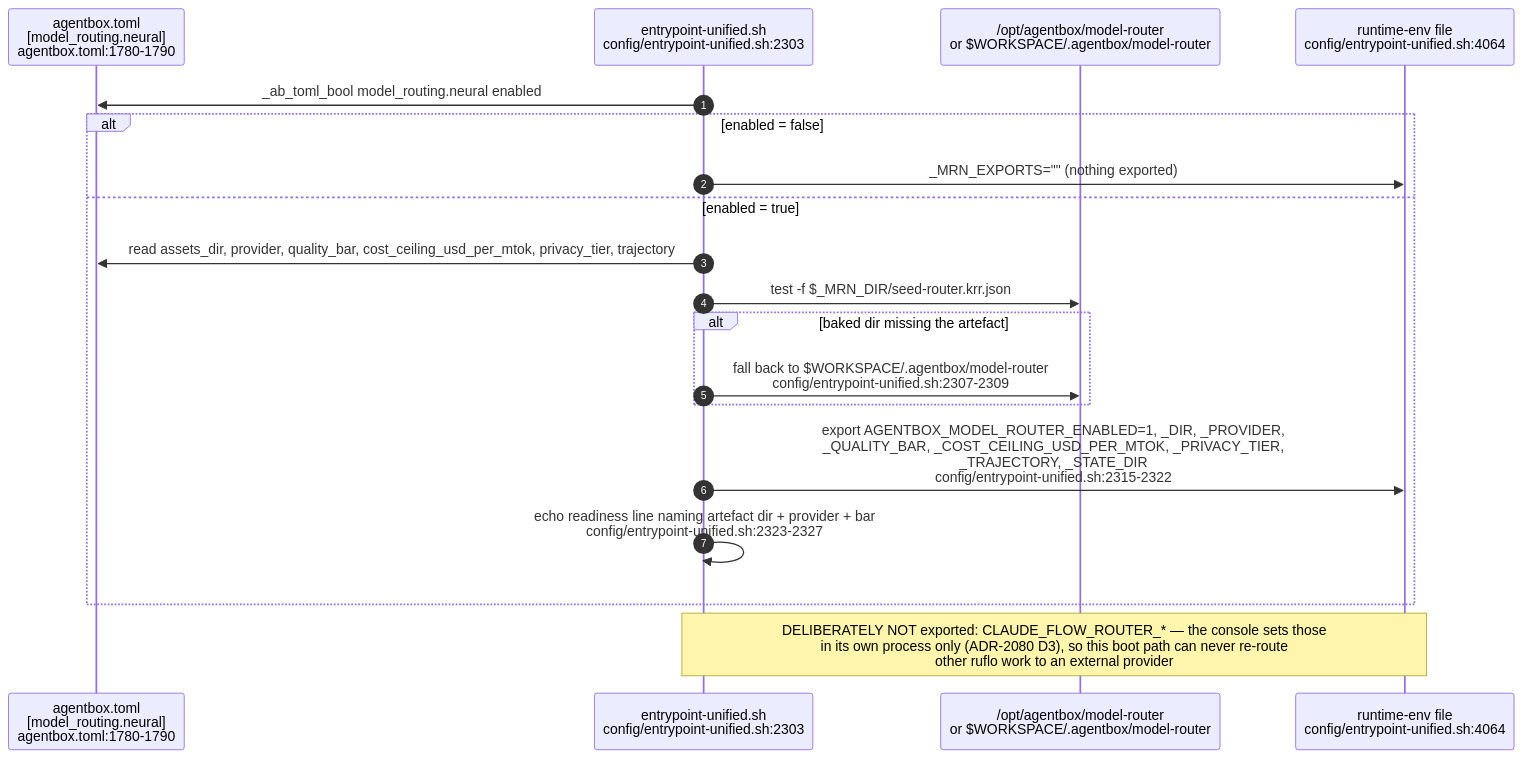
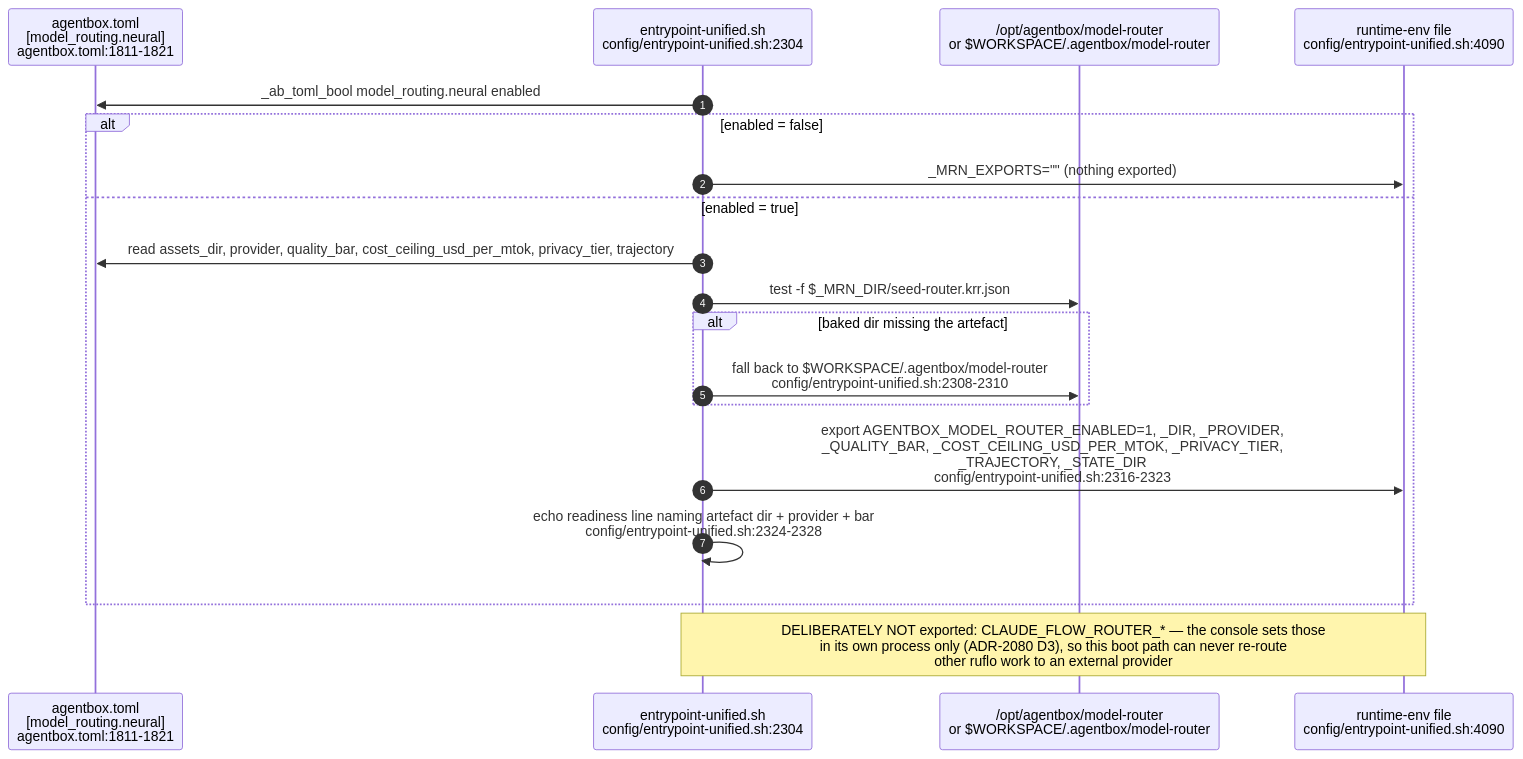
Before and after one commit to DreamLab-AI/VisionFlow: the second of 9 diagrams in docs/diagrams/agentbox/29-metaharness-router-console.md, drawn with Mermaid. The commit also changed other lines of this file and 6 other files, not shown here.

First line of the commit message:
docs: align native session and ingress diagrams (#39)

````diff
--- a/docs/diagrams/agentbox/29-metaharness-router-console.md
+++ b/docs/diagrams/agentbox/29-metaharness-router-console.md
@@ -69,22 +69,22 @@
 ```mermaid
 sequenceDiagram
     autonumber
-    participant TOML as agentbox.toml<br/>[model_routing.neural]<br/>agentbox.toml:1780-1790
-    participant EP as entrypoint-unified.sh<br/>config/entrypoint-unified.sh:2303
+    participant TOML as agentbox.toml<br/>[model_routing.neural]<br/>agentbox.toml:1811-1821
+    participant EP as entrypoint-unified.sh<br/>config/entrypoint-unified.sh:2304
     participant DISK as /opt/agentbox/model-router<br/>or $WORKSPACE/.agentbox/model-router
-    participant ENV as runtime-env file<br/>config/entrypoint-unified.sh:4064
+    participant ENV as runtime-env file<br/>config/entrypoint-unified.sh:4090
 
     EP->>TOML: _ab_toml_bool model_routing.neural enabled
     alt enabled = false
         EP->>ENV: _MRN_EXPORTS="" (nothing exported)
     else enabled = true
         EP->>TOML: read assets_dir, provider, quality_bar, cost_ceiling_usd_per_mtok, privacy_tier, trajectory
         EP->>DISK: test -f $_MRN_DIR/seed-router.krr.json
         alt baked dir missing the artefact
-            EP->>DISK: fall back to $WORKSPACE/.agentbox/model-router<br/>config/entrypoint-unified.sh:2307-2309
+            EP->>DISK: fall back to $WORKSPACE/.agentbox/model-router<br/>config/entrypoint-unified.sh:2308-2310
         end
-        EP->>ENV: export AGENTBOX_MODEL_ROUTER_ENABLED=1, _DIR, _PROVIDER,<br/>_QUALITY_BAR, _COST_CEILING_USD_PER_MTOK, _PRIVACY_TIER,<br/>_TRAJECTORY, _STATE_DIR<br/>config/entrypoint-unified.sh:2315-2322
-        EP->>EP: echo readiness line naming artefact dir + provider + bar<br/>config/entrypoint-unified.sh:2323-2327
+        EP->>ENV: export AGENTBOX_MODEL_ROUTER_ENABLED=1, _DIR, _PROVIDER,<br/>_QUALITY_BAR, _COST_CEILING_USD_PER_MTOK, _PRIVACY_TIER,<br/>_TRAJECTORY, _STATE_DIR<br/>config/entrypoint-unified.sh:2316-2323
+        EP->>EP: echo readiness line naming artefact dir + provider + bar<br/>config/entrypoint-unified.sh:2324-2328
     end
     Note over EP,ENV: DELIBERATELY NOT exported: CLAUDE_FLOW_ROUTER_* — the console sets those<br/>in its own process only (ADR-2080 D3), so this boot path can never re-route<br/>other ruflo work to an external provider
 ```
````
